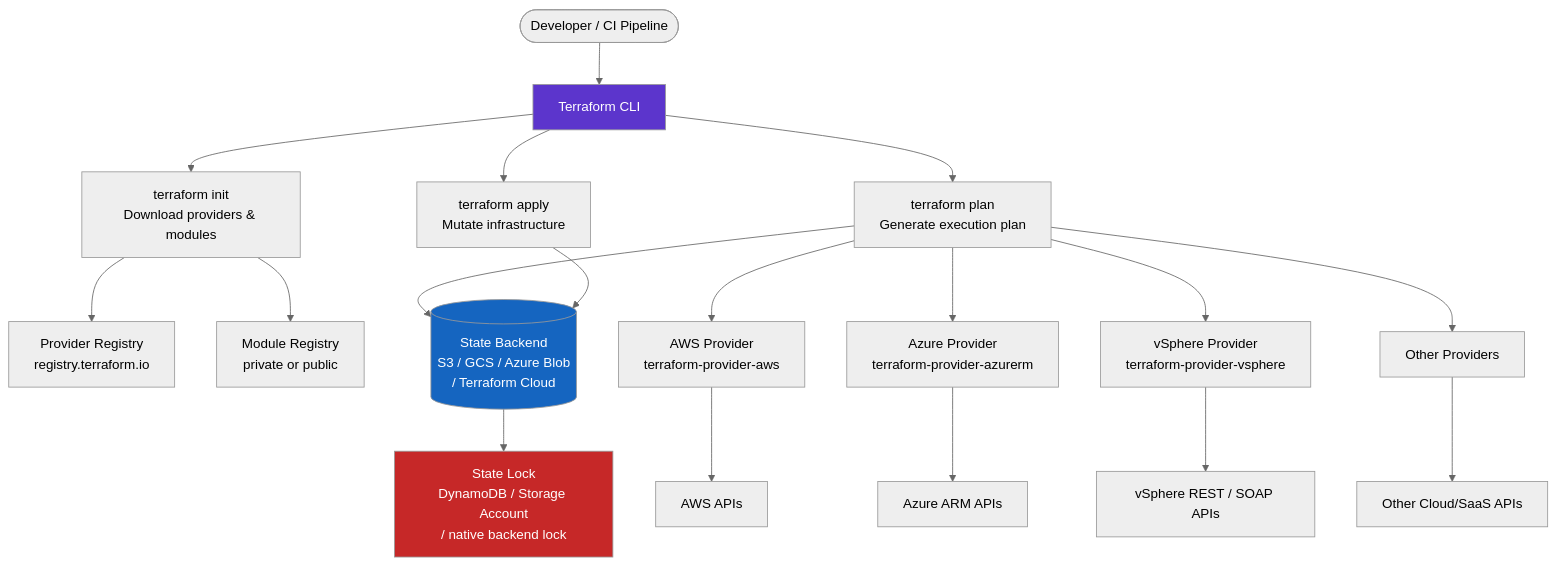
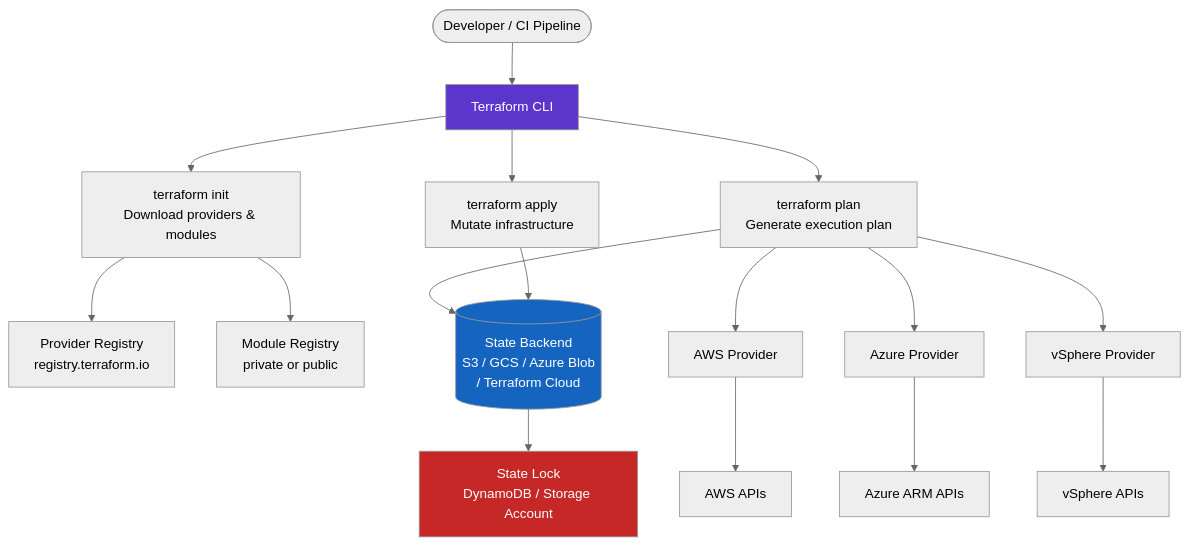
Before and after one commit to canast01/chris-kb: the diagram in docs/automation/terraform/architecture/index.md, drawn with Mermaid (neutral theme). The commit also changed other lines of this file and 26 other files, not shown here.

````diff
--- a/docs/automation/terraform/architecture/index.md
+++ b/docs/automation/terraform/architecture/index.md
@@ -9,29 +37,27 @@
 ```mermaid
 flowchart TD
     DEV([Developer / CI Pipeline]) --> CLI[Terraform CLI]
     CLI --> INIT[terraform init\nDownload providers & modules]
     CLI --> PLAN[terraform plan\nGenerate execution plan]
     CLI --> APPLY[terraform apply\nMutate infrastructure]
 
     INIT --> PR[Provider Registry\nregistry.terraform.io]
     INIT --> MR[Module Registry\nprivate or public]
 
     PLAN --> STATE[(State Backend\nS3 / GCS / Azure Blob\n/ Terraform Cloud)]
     APPLY --> STATE
 
-    PLAN --> P1[AWS Provider\nterraform-provider-aws]
-    PLAN --> P2[Azure Provider\nterraform-provider-azurerm]
-    PLAN --> P3[vSphere Provider\nterraform-provider-vsphere]
-    PLAN --> P4[Other Providers]
+    PLAN --> P1[AWS Provider]
+    PLAN --> P2[Azure Provider]
+    PLAN --> P3[vSphere Provider]
 
     P1 --> AWS[AWS APIs]
     P2 --> AZ[Azure ARM APIs]
-    P3 --> VS[vSphere REST / SOAP APIs]
-    P4 --> OTHER[Other Cloud/SaaS APIs]
+    P3 --> VS[vSphere APIs]
 
-    STATE --> LOCK[State Lock\nDynamoDB / Storage Account\n/ native backend lock]
+    STATE --> LOCK[State Lock\nDynamoDB / Storage Account]
 
     style CLI fill:#5c35cc,color:#fff
     style STATE fill:#1565c0,color:#fff
     style LOCK fill:#c62828,color:#fff
 ```
````
